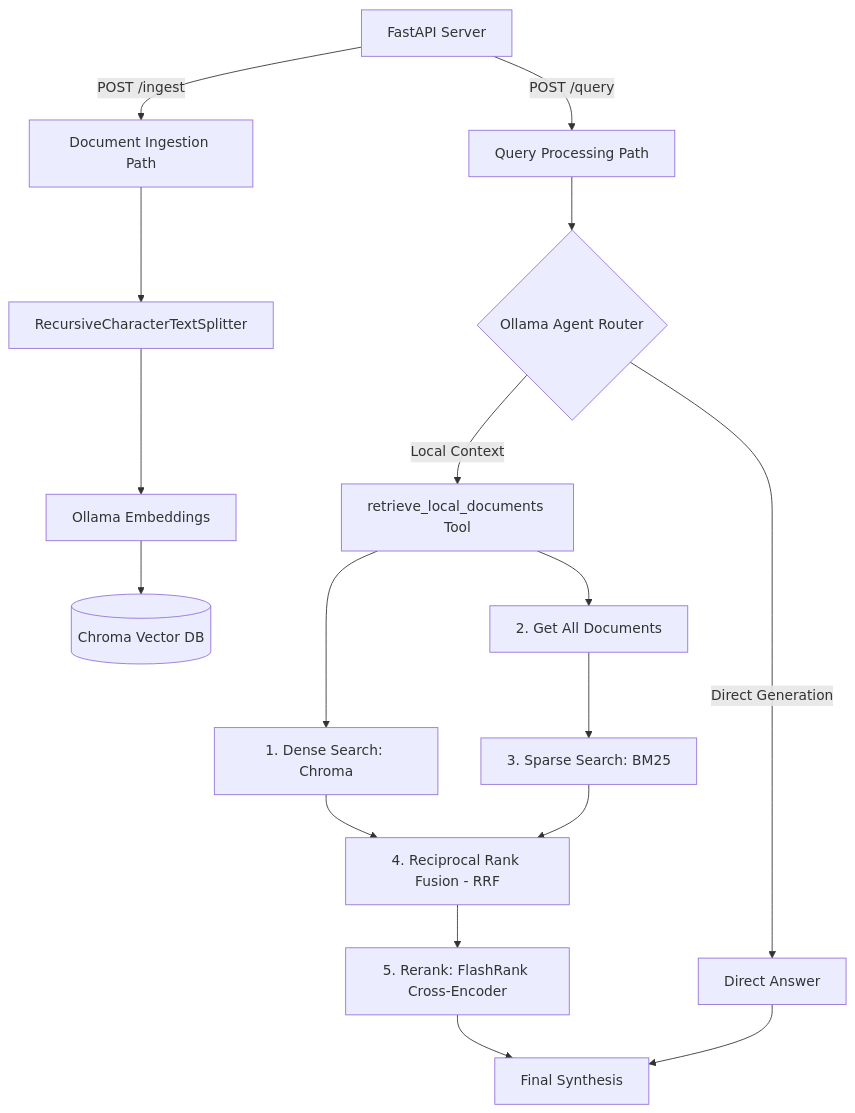
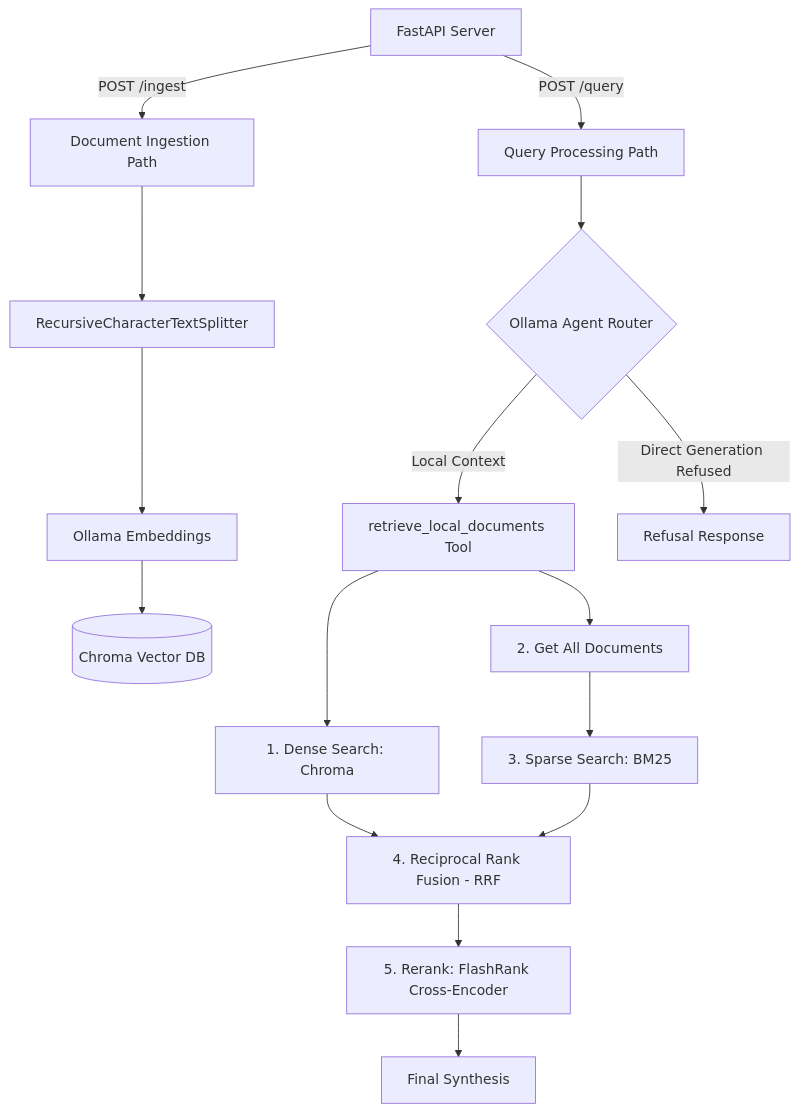
Before and after one commit to boycececil666gmailcom/fintech-rag-chatbot: the first of 3 diagrams in README.md, drawn with Mermaid. The commit also changed other lines of this file and 12 other files, not shown here.

````diff
--- a/README.md
+++ b/README.md
@@ -18,26 +18,24 @@
 ```mermaid
 graph TD
     Server[FastAPI Server]
     
     %% Ingest path
     Server -->|POST /ingest| Ingest[Document Ingestion Path]
     Ingest --> Split[RecursiveCharacterTextSplitter]
     Split --> Embed[Ollama Embeddings]
     Embed --> DB[(Chroma Vector DB)]
 
     %% Query path
     Server -->|POST /query| Query[Query Processing Path]
     Query --> Router{Ollama Agent Router}
     Router -->|Local Context| Local[retrieve_local_documents Tool]
-    Router -->|Direct Generation| Direct[Direct Answer]
+    Router -->|Direct Generation Refused| Direct[Refusal Response]
     
     Local --> DenseSearch[1. Dense Search: Chroma]
     Local --> GetDocs[2. Get All Documents]
     GetDocs --> BM25Search[3. Sparse Search: BM25]
     DenseSearch --> RRF[4. Reciprocal Rank Fusion - RRF]
     BM25Search --> RRF
     RRF --> Rerank[5. Rerank: FlashRank Cross-Encoder]
     Rerank --> Synth[Final Synthesis]
-    
-    Direct --> Synth
 ```
````
